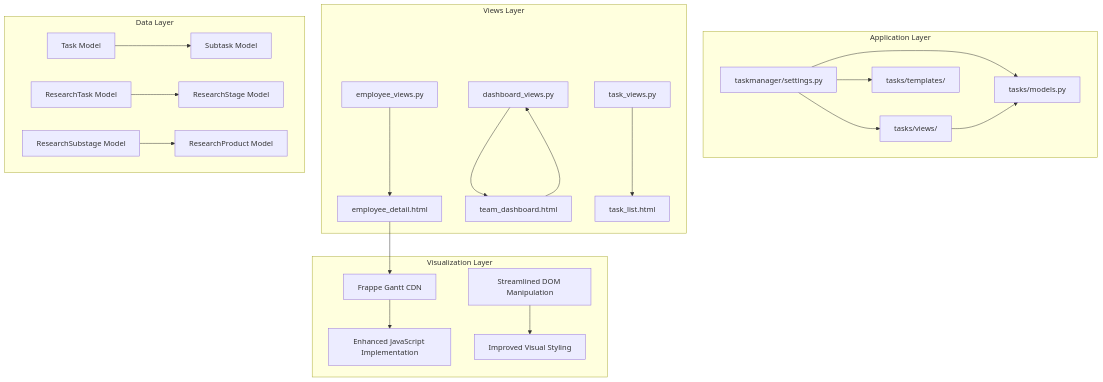
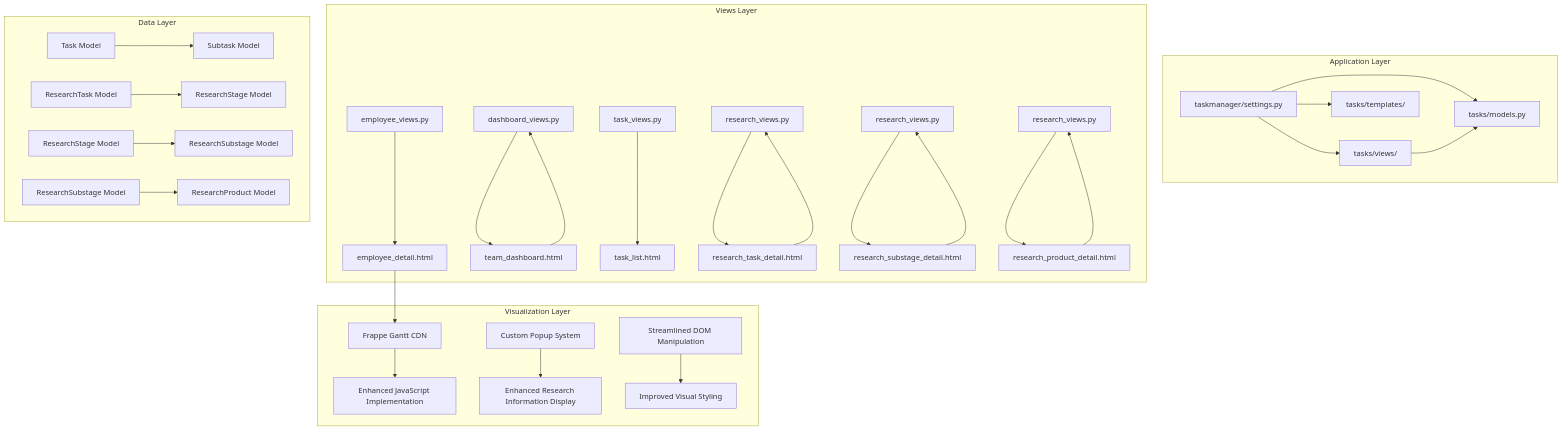
Before and after one commit to Pavel9474/task_manager: the first of 10 diagrams in .qoder/repowiki/en/content/User Interface and Templates/Gantt Chart Visualization System.md, drawn with Mermaid. The commit also changed other lines of this file and 7 other files, not shown here.

Commit message:
ALL gantt work code simplifid

````diff
--- a/.qoder/repowiki/en/content/User Interface and Templates/Gantt Chart Visualization System.md
+++ b/.qoder/repowiki/en/content/User Interface and Templates/Gantt Chart Visualization System.md
@@ -46,25 +49,33 @@
 ```mermaid
 graph TB
 subgraph "Application Layer"
 A[taskmanager/settings.py] --> B[tasks/models.py]
 A --> C[tasks/views/]
 A --> D[tasks/templates/]
 end
 subgraph "Views Layer"
 C1[employee_views.py] --> E[employee_detail.html]
 C2[dashboard_views.py] --> F[team_dashboard.html]
 C3[task_views.py] --> G[task_list.html]
+C4[research_views.py] --> H[research_task_detail.html]
+C5[research_views.py] --> I[research_substage_detail.html]
+C6[research_views.py] --> J[research_product_detail.html]
 end
 subgraph "Data Layer"
-B1[Task Model] --> H[Subtask Model]
-B2[ResearchTask Model] --> I[ResearchStage Model]
-B3[ResearchSubstage Model] --> J[ResearchProduct Model]
+B1[Task Model] --> K[Subtask Model]
+B2[ResearchTask Model] --> L[ResearchStage Model]
+B3[ResearchStage Model] --> M[ResearchSubstage Model]
+B4[ResearchSubstage Model] --> N[ResearchProduct Model]
 end
 subgraph "Visualization Layer"
-K[Frappe Gantt CDN] --> L[Enhanced JavaScript Implementation]
-M[Streamlined DOM Manipulation] --> N[Improved Visual Styling]
+O[Frappe Gantt CDN] --> P[Enhanced JavaScript Implementation]
+Q[Custom Popup System] --> R[Enhanced Research Information Display]
+S[Streamlined DOM Manipulation] --> T[Improved Visual Styling]
 end
 C --> B
-E --> K
+E --> O
 F --> C2
+H --> C4
+I --> C5
+J --> C6
 ```
````
